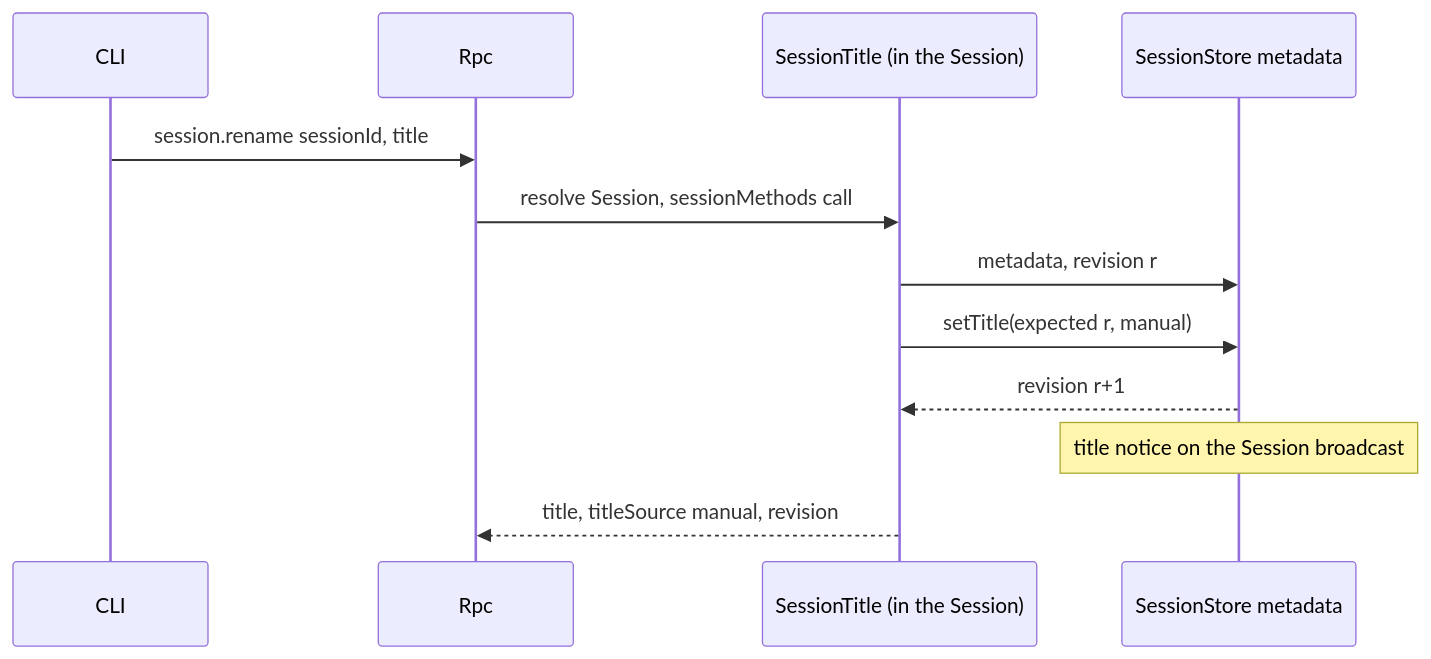
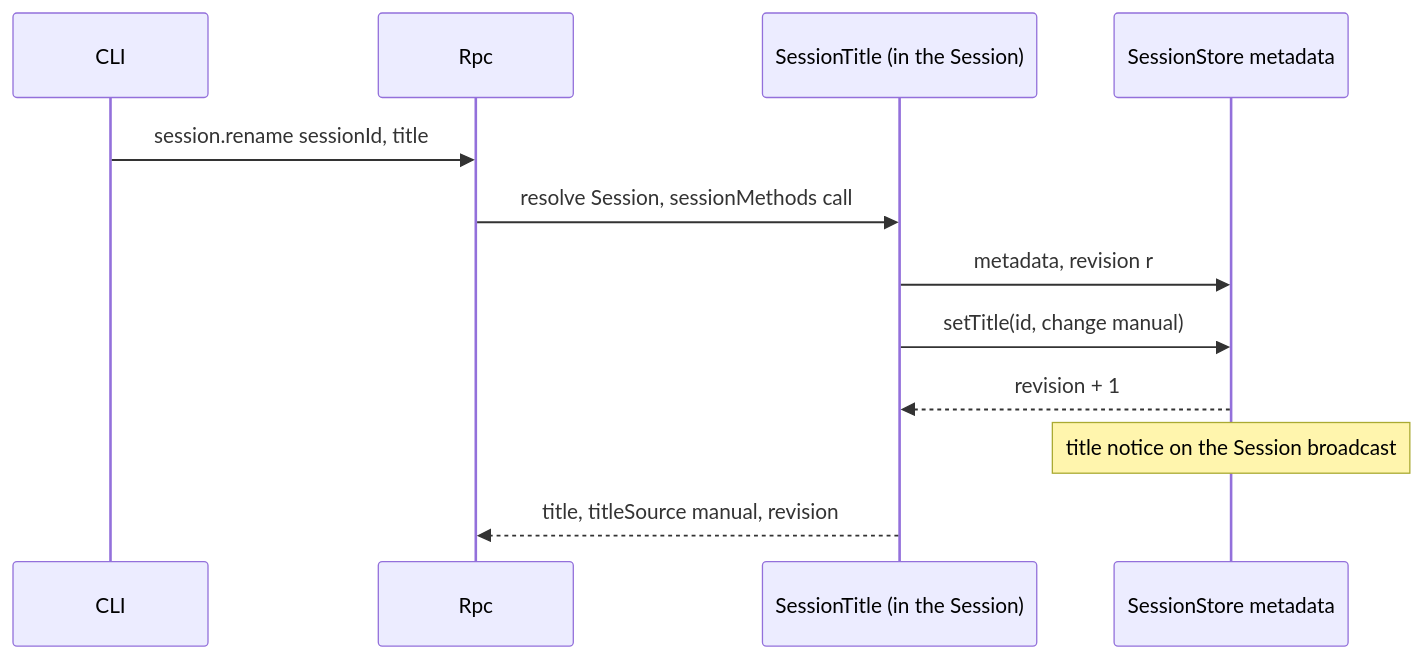
The fourth of 6 diagrams in docs/design/plugins/SessionTitle.md (arcships/dim), drawn with Mermaid before and after one commit. The commit also changed other lines of this file and 5 other files, not shown here.

````diff
--- a/docs/design/plugins/SessionTitle.md
+++ b/docs/design/plugins/SessionTitle.md
@@ -186,14 +186,14 @@
 ```mermaid
 sequenceDiagram
   participant CLI
   participant Rpc
   participant ST as SessionTitle (in the Session)
   participant Meta as SessionStore metadata
   CLI->>Rpc: session.rename sessionId, title
   Rpc->>ST: resolve Session, sessionMethods call
   ST->>Meta: metadata, revision r
-  ST->>Meta: setTitle(expected r, manual)
-  Meta-->>ST: revision r+1
+  ST->>Meta: setTitle(id, change manual)
+  Meta-->>ST: revision + 1
   Note over Meta: title notice on the Session broadcast
   ST-->>Rpc: title, titleSource manual, revision
 ```
````
